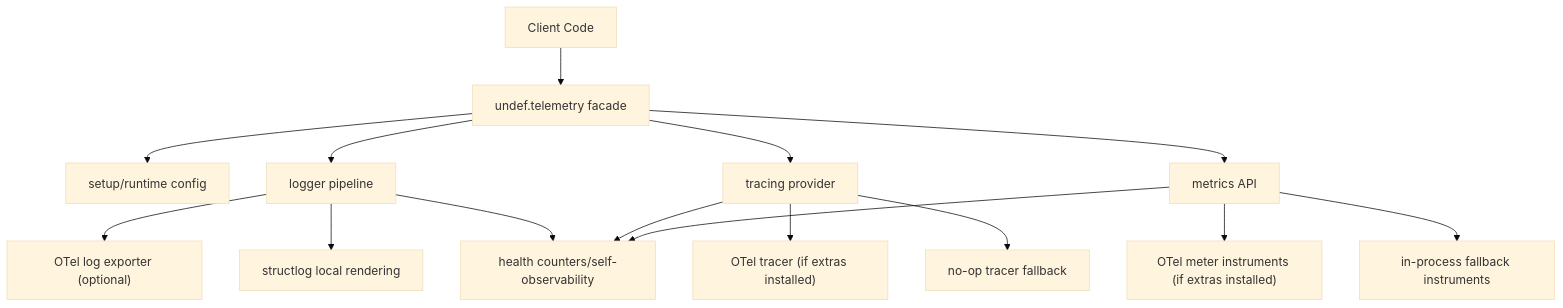
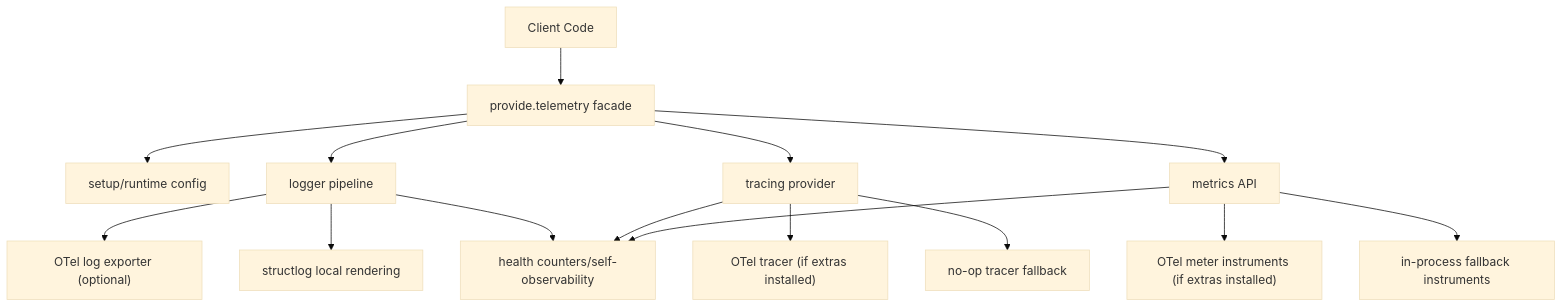
The first of 5 diagrams in docs/ARCHITECTURE.md (provide-io/provide-telemetry), drawn with Mermaid (base theme) before and after one commit. The commit also changed other lines of this file and 296 other files, not shown here.

First line of the commit message:
decouple(namespace): rename all references from undef to provide

````diff
--- a/docs/ARCHITECTURE.md
+++ b/docs/ARCHITECTURE.md
@@ -21,17 +21,17 @@
 ```mermaid
 flowchart TD
-  A["Client Code"] --> B["undef.telemetry facade"]
+  A["Client Code"] --> B["provide.telemetry facade"]
   B --> C["setup/runtime config"]
   B --> D["logger pipeline"]
   B --> E["tracing provider"]
   B --> F["metrics API"]
   D --> G["OTel log exporter (optional)"]
   D --> H["structlog local rendering"]
   E --> I["OTel tracer (if extras installed)"]
   E --> J["no-op tracer fallback"]
   F --> K["OTel meter instruments (if extras installed)"]
   F --> L["in-process fallback instruments"]
   D --> M["health counters/self-observability"]
   E --> M
   F --> M
 ```
````
